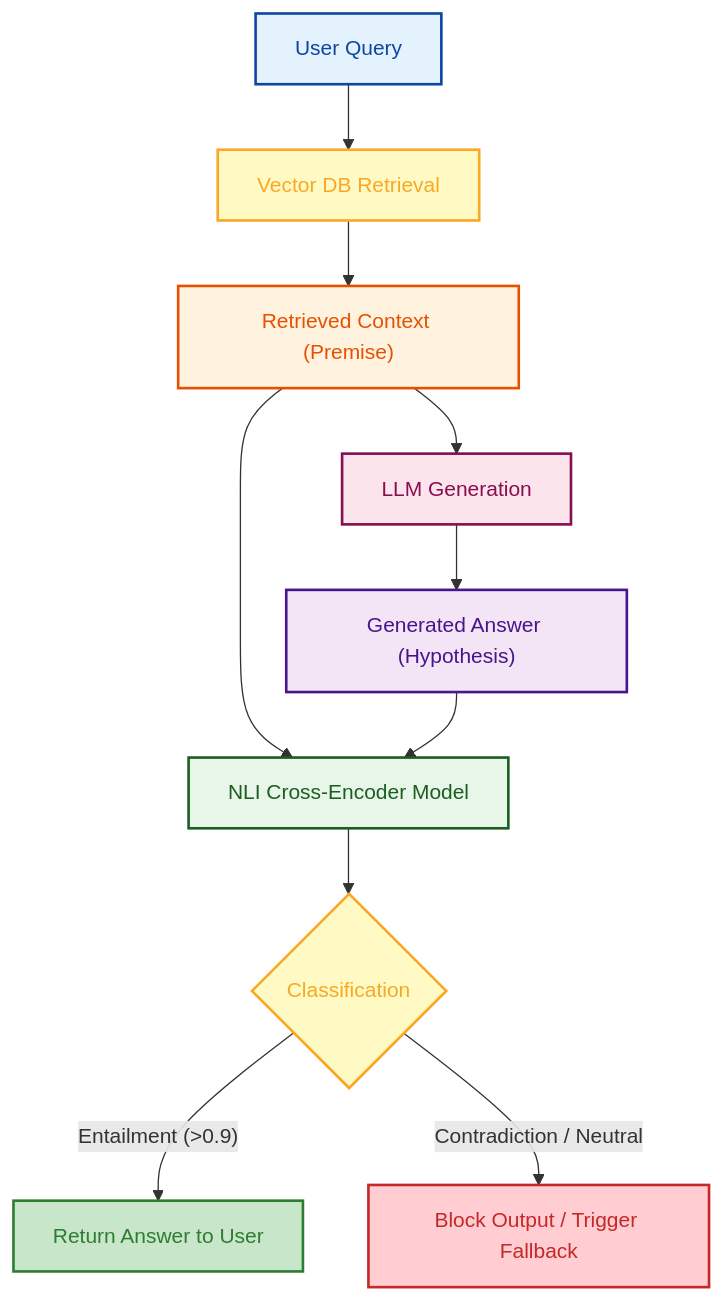
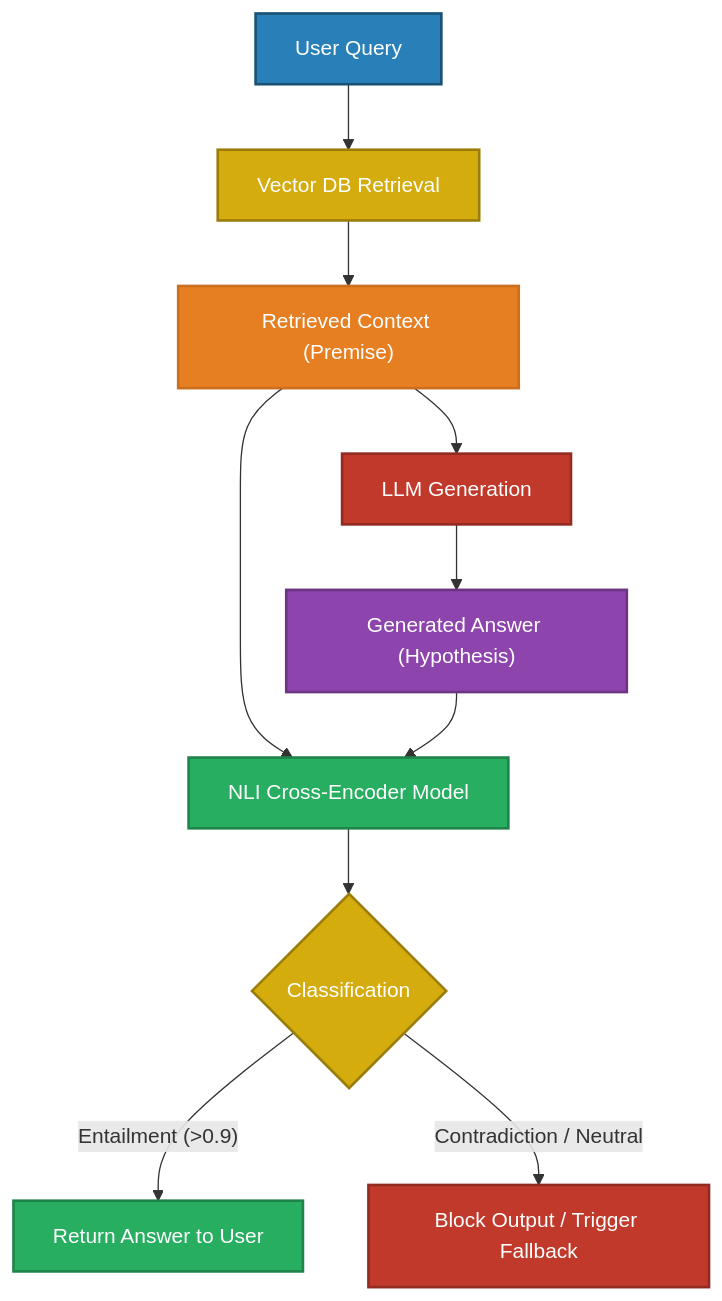
One commit to GyanendraChaubey/AI-Engineering-Notes changed the first of 2 diagrams in docs/11-hallucination/README.md. Above: the diagram before and after it, drawn with Mermaid. The commit also changed other lines of this file and 15 other files, not shown here.

Commit message:
style: replace all Mermaid diagram colors with saturated palette + white text for dark mode compatibility (321 changes across 16 files)

````diff
--- a/docs/11-hallucination/README.md
+++ b/docs/11-hallucination/README.md
@@ -93,24 +93,24 @@
 ```mermaid
 flowchart TD
     A["User Query"] --> B["Vector DB Retrieval"]
     B --> C["Retrieved Context (Premise)"]
     
     C --> D["LLM Generation"]
     D --> E["Generated Answer (Hypothesis)"]
     
     C --> F["NLI Cross-Encoder Model"]
     E --> F
     
     F --> G{"Classification"}
     G -->|"Entailment (>0.9)"| H["Return Answer to User"]
     G -->|"Contradiction / Neutral"| I["Block Output / Trigger Fallback"]
-    style A fill:#e3f2fd,stroke:#0d47a1,stroke-width:2px,color:#0d47a1
-    style B fill:#fff9c4,stroke:#f9a825,stroke-width:2px,color:#f9a825
-    style C fill:#fff3e0,stroke:#e65100,stroke-width:2px,color:#e65100
-    style D fill:#fce4ec,stroke:#880e4f,stroke-width:2px,color:#880e4f
-    style E fill:#f3e5f5,stroke:#4a148c,stroke-width:2px,color:#4a148c
-    style F fill:#e8f5e9,stroke:#1b5e20,stroke-width:2px,color:#1b5e20
-    style G fill:#fff9c4,stroke:#f9a825,stroke-width:2px,color:#f9a825
-    style H fill:#c8e6c9,stroke:#2e7d32,stroke-width:2px,color:#2e7d32
-    style I fill:#ffcdd2,stroke:#c62828,stroke-width:2px,color:#c62828
+    style A fill:#2980B9,stroke:#1A5276,stroke-width:2px,color:#FFFFFF
+    style B fill:#D4AC0D,stroke:#9A7D0A,stroke-width:2px,color:#FFFFFF
+    style C fill:#E67E22,stroke:#CA6F1E,stroke-width:2px,color:#FFFFFF
+    style D fill:#C0392B,stroke:#922B21,stroke-width:2px,color:#FFFFFF
+    style E fill:#8E44AD,stroke:#6C3483,stroke-width:2px,color:#FFFFFF
+    style F fill:#27AE60,stroke:#1E8449,stroke-width:2px,color:#FFFFFF
+    style G fill:#D4AC0D,stroke:#9A7D0A,stroke-width:2px,color:#FFFFFF
+    style H fill:#27AE60,stroke:#1E8449,stroke-width:2px,color:#FFFFFF
+    style I fill:#C0392B,stroke:#922B21,stroke-width:2px,color:#FFFFFF
 ```
````
